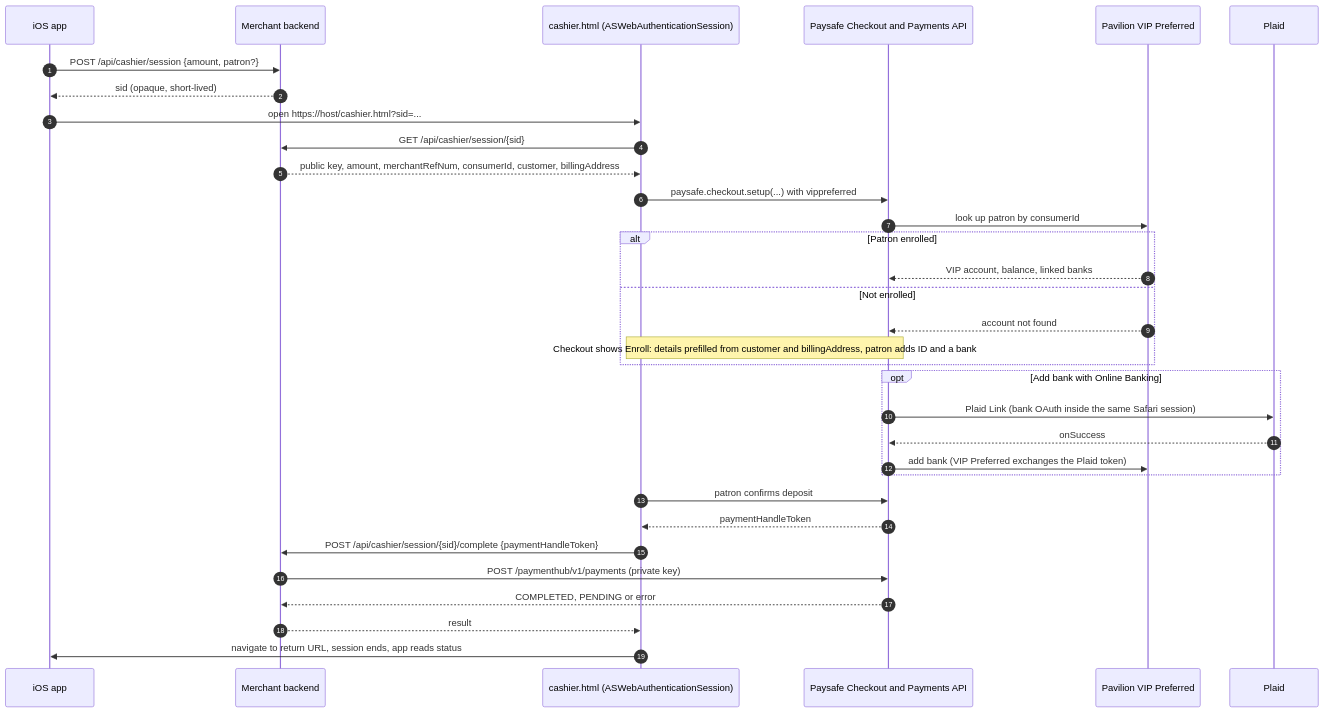
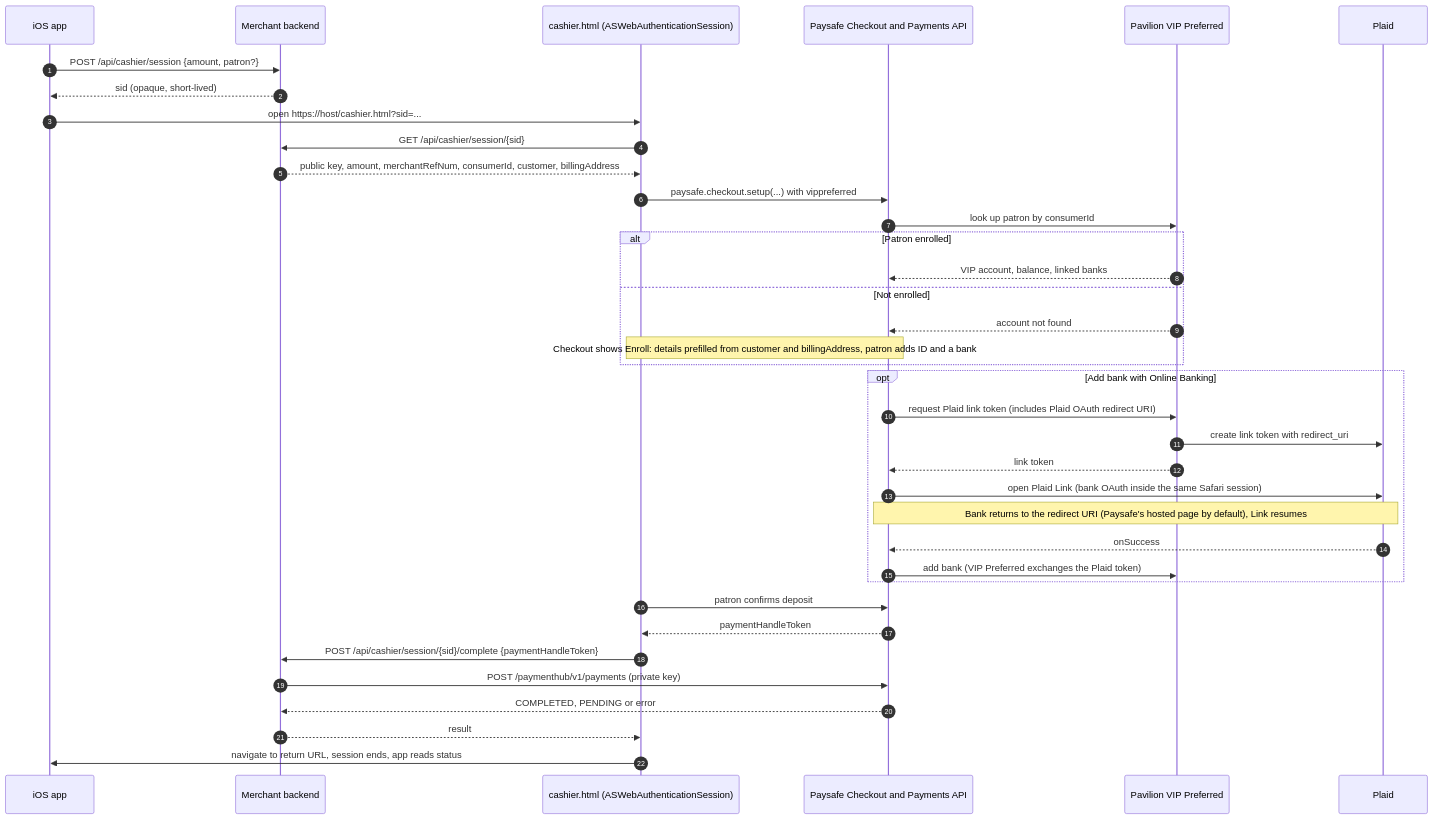
The diagram in README.md (PavilionPay/Paysafe-Pavilion-Test-App), drawn with Mermaid before and after one commit. The commit also changed other lines of this file and 2 other files, not shown here.

First line of the commit message:
Clarify Plaid OAuth redirect URI vs cashier return URL

````diff
--- a/README.md
+++ b/README.md
@@ -24,36 +24,40 @@
 ```mermaid
 sequenceDiagram
   autonumber
   participant App as iOS app
   participant Srv as Merchant backend
   participant Web as cashier.html (ASWebAuthenticationSession)
   participant PS as Paysafe Checkout and Payments API
   participant VIP as Pavilion VIP Preferred
   participant Plaid as Plaid
 
   App->>Srv: POST /api/cashier/session {amount, patron?}
   Srv-->>App: sid (opaque, short-lived)
   App->>Web: open https://host/cashier.html?sid=...
   Web->>Srv: GET /api/cashier/session/{sid}
   Srv-->>Web: public key, amount, merchantRefNum, consumerId, customer, billingAddress
   Web->>PS: paysafe.checkout.setup(...) with vippreferred
   PS->>VIP: look up patron by consumerId
   alt Patron enrolled
     VIP-->>PS: VIP account, balance, linked banks
   else Not enrolled
     VIP-->>PS: account not found
     Note over Web,PS: Checkout shows Enroll: details prefilled from customer and billingAddress, patron adds ID and a bank
   end
   opt Add bank with Online Banking
-    PS->>Plaid: Plaid Link (bank OAuth inside the same Safari session)
+    PS->>VIP: request Plaid link token (includes Plaid OAuth redirect URI)
+    VIP->>Plaid: create link token with redirect_uri
+    VIP-->>PS: link token
+    PS->>Plaid: open Plaid Link (bank OAuth inside the same Safari session)
+    Note over PS,Plaid: Bank returns to the redirect URI (Paysafe's hosted page by default), Link resumes
     Plaid-->>PS: onSuccess
     PS->>VIP: add bank (VIP Preferred exchanges the Plaid token)
   end
   Web->>PS: patron confirms deposit
   PS-->>Web: paymentHandleToken
   Web->>Srv: POST /api/cashier/session/{sid}/complete {paymentHandleToken}
   Srv->>PS: POST /paymenthub/v1/payments (private key)
   PS-->>Srv: COMPLETED, PENDING or error
   Srv-->>Web: result
   Web->>App: navigate to return URL, session ends, app reads status
 ```
````
